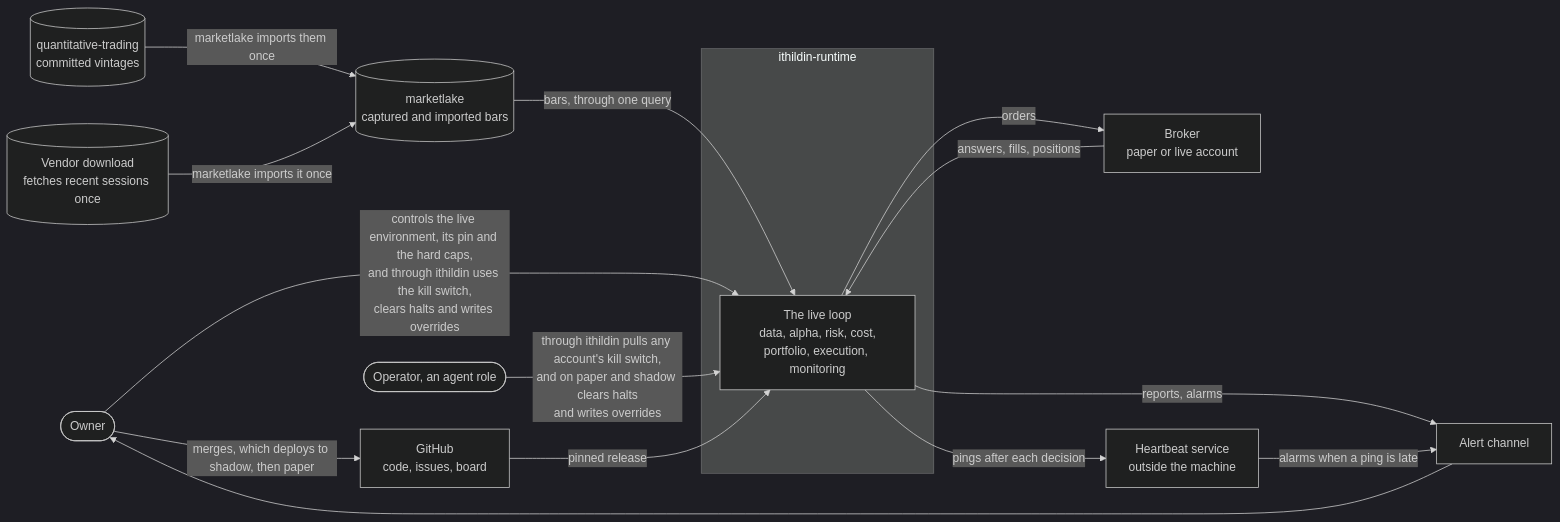
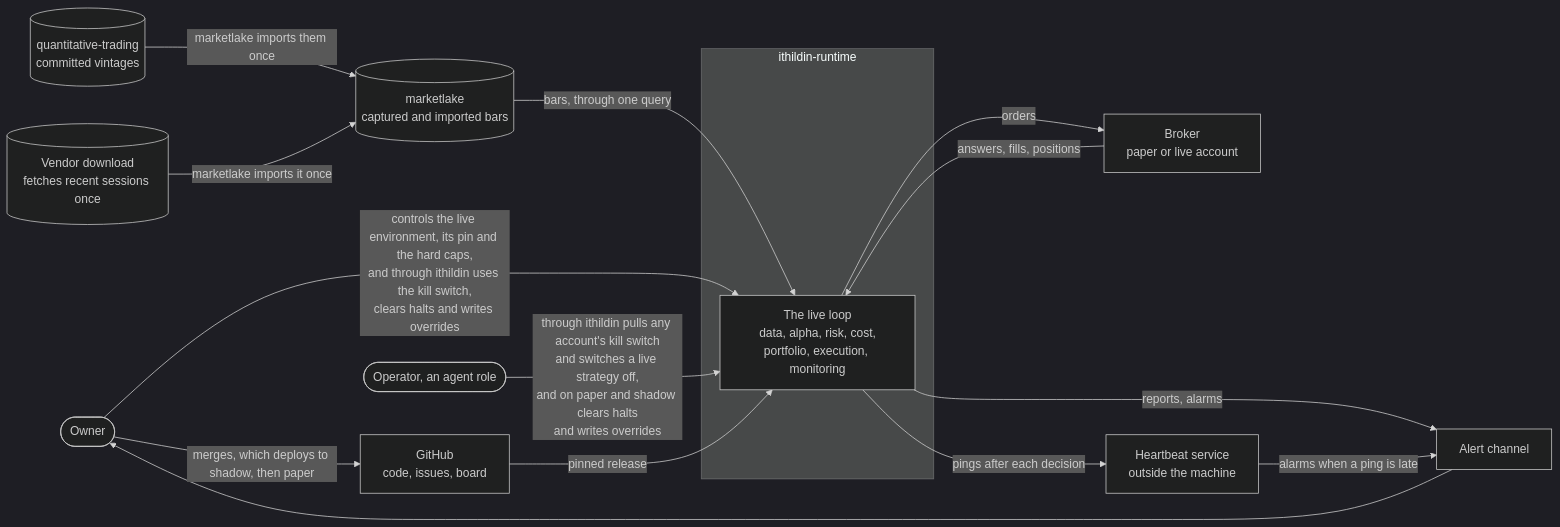
Before and after one commit to l3a0/ithildin-runtime: the first of 5 diagrams in docs/architecture/03-context-and-scope.md, drawn with Mermaid (dark theme). The commit also changed 15 other files, not shown here.

First line of the commit message:
docs: apply a review round of the merged slice 1 architecture and design (#69)

````diff
--- a/docs/architecture/03-context-and-scope.md
+++ b/docs/architecture/03-context-and-scope.md
@@ -22,29 +22,29 @@
 ```mermaid
 flowchart LR
     owner(["Owner"])
     operator(["Operator, an agent role"])
     subgraph platform["ithildin-runtime"]
         loop["The live loop<br/>data, alpha, risk, cost,<br/>portfolio, execution, monitoring"]
     end
     qt[("quantitative-trading<br/>committed vintages")]
     vendor[("Vendor download<br/>fetches recent sessions once")]
     lake[("marketlake<br/>captured and imported bars")]
     broker["Broker<br/>paper or live account"]
     alerts["Alert channel"]
     heartbeat["Heartbeat service<br/>outside the machine"]
     github["GitHub<br/>code, issues, board"]
 
     qt -->|"marketlake imports them once"| lake
     vendor -->|"marketlake imports it once"| lake
     lake -->|"bars, through one query"| loop
     loop -->|"orders"| broker
     broker -->|"answers, fills, positions"| loop
     loop -->|"reports, alarms"| alerts
     loop -->|"pings after each decision"| heartbeat
     heartbeat -->|"alarms when a ping is late"| alerts
     alerts --> owner
     owner -->|"controls the live environment, its pin and the hard caps,<br/>and through ithildin uses the kill switch,<br/>clears halts and writes overrides"| loop
-    operator -->|"through ithildin pulls any account's kill switch,<br/>and on paper and shadow clears halts<br/>and writes overrides"| loop
+    operator -->|"through ithildin pulls any account's kill switch<br/>and switches a live strategy off,<br/>and on paper and shadow clears halts<br/>and writes overrides"| loop
     owner -->|"merges, which deploys to shadow, then paper"| github
     github -->|"pinned release"| loop
 ```
````
